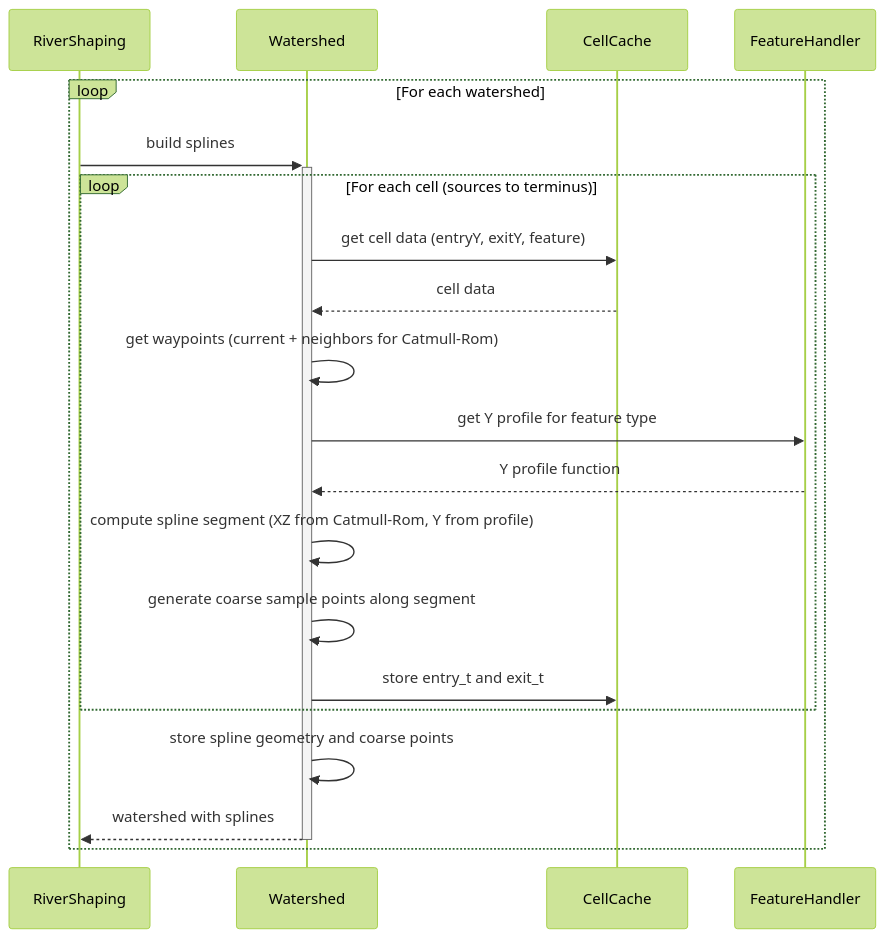
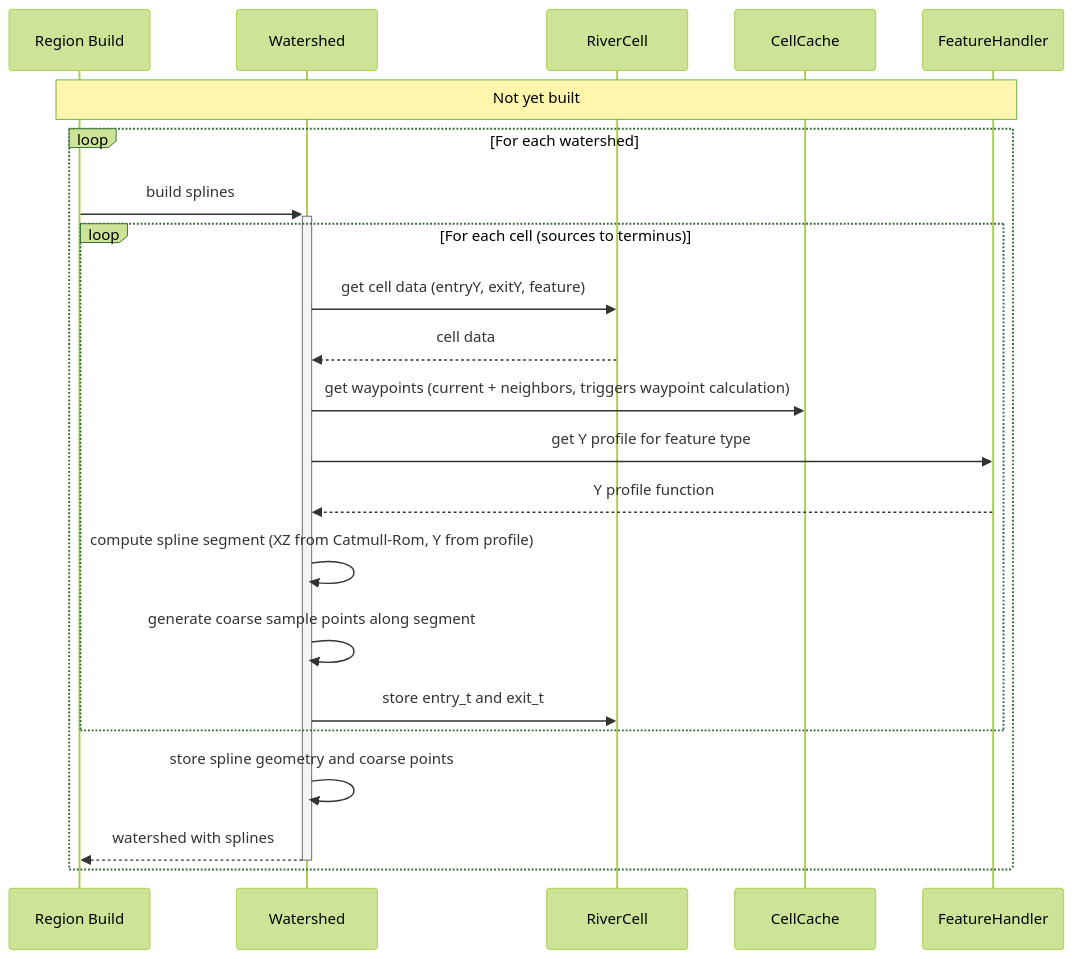
Diagram 19 of 22 in docs/features/rivers/Rough Diagrams.md (SoSly/RiverTale), drawn with Mermaid (forest theme) before and after one commit. The commit also changed other lines of this file and 33 other files, not shown here.

Commit message:
docs: replace stale feature docs with an accurate rough diagrams map

````diff
--- a/docs/features/rivers/Rough Diagrams.md
+++ b/docs/features/rivers/Rough Diagrams.md
@@ -473,26 +608,29 @@
 ```mermaid
 sequenceDiagram
-    participant RiverShaping
+    participant Build as Region Build
     participant Watershed
+    participant RiverCell
     participant CellCache
     participant Features as FeatureHandler
 
+    Note over Build,Features: Not yet built
+
     loop For each watershed
-        RiverShaping ->>+ Watershed: build splines
+        Build ->>+ Watershed: build splines
 
         loop For each cell (sources to terminus)
-            Watershed ->> CellCache: get cell data (entryY, exitY, feature)
-            CellCache -->> Watershed: cell data
-            Watershed ->> Watershed: get waypoints (current + neighbors for Catmull-Rom)
+            Watershed ->> RiverCell: get cell data (entryY, exitY, feature)
+            RiverCell -->> Watershed: cell data
+            Watershed ->> CellCache: get waypoints (current + neighbors, triggers waypoint calculation)
             Watershed ->> Features: get Y profile for feature type
             Features -->> Watershed: Y profile function
             Watershed ->> Watershed: compute spline segment (XZ from Catmull-Rom, Y from profile)
             Watershed ->> Watershed: generate coarse sample points along segment
-            Watershed ->> CellCache: store entry_t and exit_t
+            Watershed ->> RiverCell: store entry_t and exit_t
         end
 
         Watershed ->> Watershed: store spline geometry and coarse points
 
-        Watershed -->>- RiverShaping: watershed with splines
+        Watershed -->>- Build: watershed with splines
     end
 ```
````
